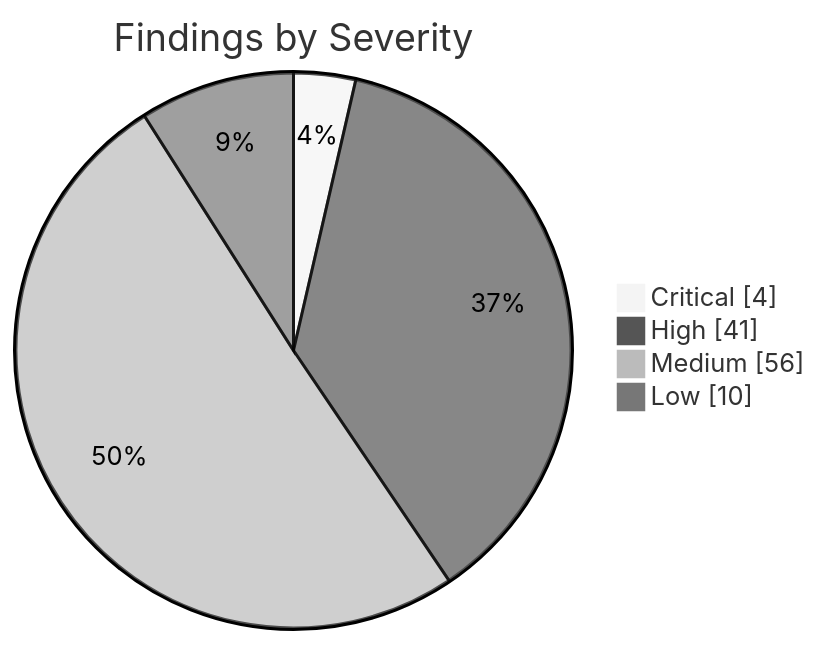
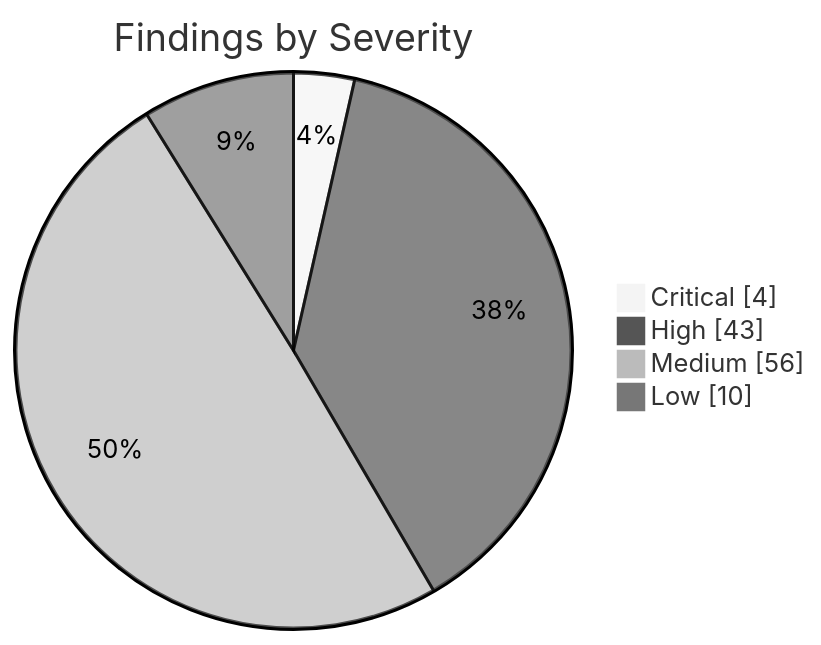
One commit to KBVE/kbve changed the first of 2 diagrams in apps/kbve/astro-kbve/src/content/docs/dashboard/security.mdx. Above: the diagram before and after it, drawn with Mermaid (neutral theme). The commit also changed other lines of this file and 1 other file, not shown here.

````diff
--- a/apps/kbve/astro-kbve/src/content/docs/dashboard/security.mdx
+++ b/apps/kbve/astro-kbve/src/content/docs/dashboard/security.mdx
@@ -148,8 +148,8 @@
 ```mermaid
 pie showData
     title Findings by Severity
     "Critical" : 4
-    "High" : 41
+    "High" : 43
     "Medium" : 56
     "Low" : 10
 ```
````
